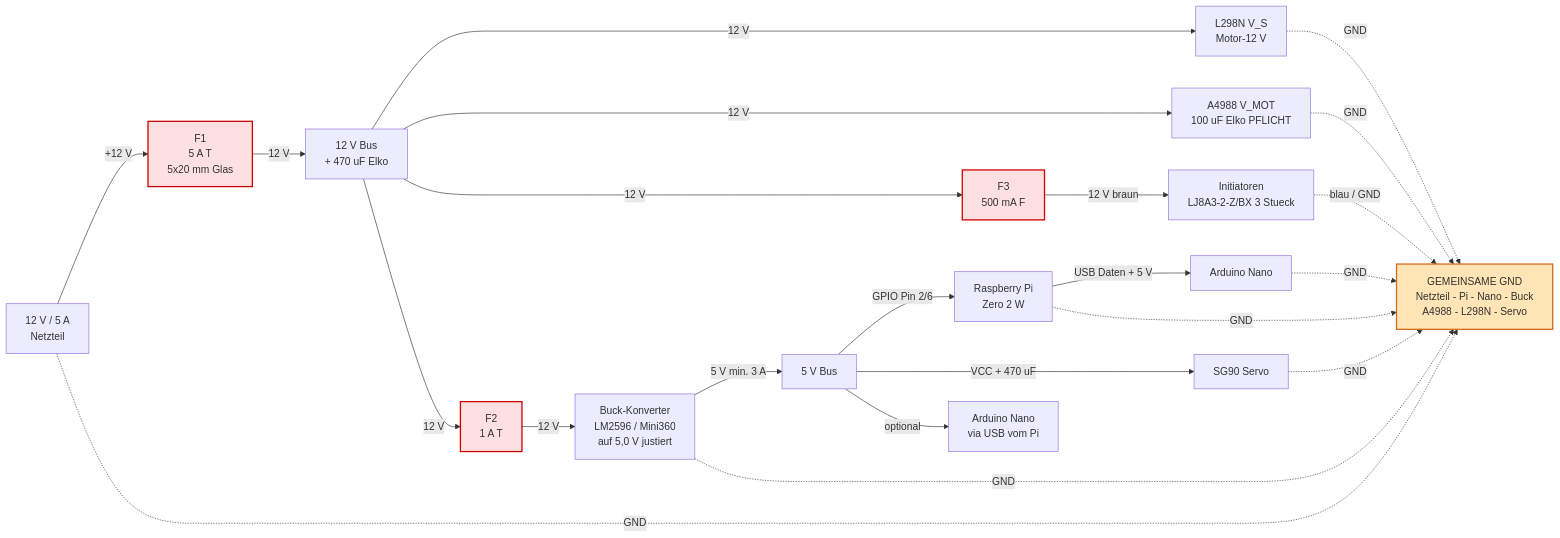
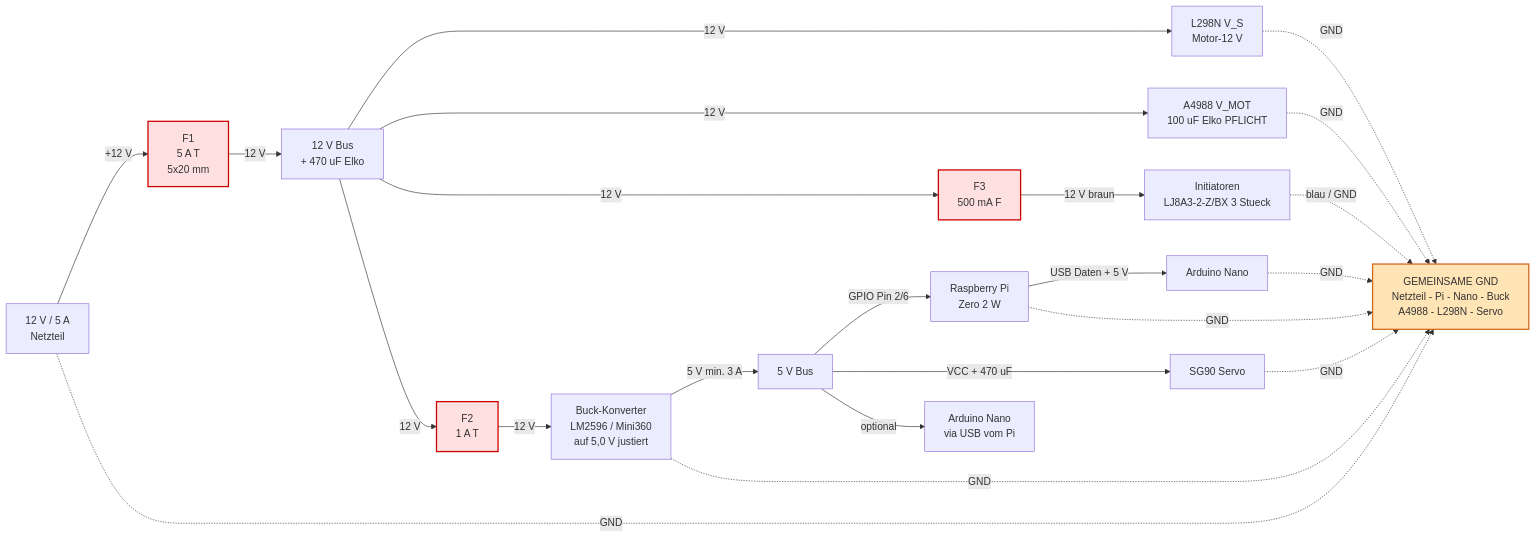
Before and after one commit to JohnsonRepo/stopf: the first of 3 diagrams in docs/wiring.md, drawn with Mermaid. The commit also changed other lines of this file and 1 other file, not shown here.

First line of the commit message:
docs(fuses): Glas und Keramik gleichwertig zulassen

````diff
--- a/docs/wiring.md
+++ b/docs/wiring.md
@@ -13,33 +13,33 @@
 ```mermaid
 flowchart LR
-    PSU["12 V / 5 A<br/>Netzteil"] -->|+12 V| F1["F1<br/>5 A T<br/>5x20 mm Glas"]
+    PSU["12 V / 5 A<br/>Netzteil"] -->|+12 V| F1["F1<br/>5 A T<br/>5x20 mm"]
     F1 -->|12 V| BUS12["12 V Bus<br/>+ 470 uF Elko"]
     BUS12 -->|12 V| L298N_VS["L298N V_S<br/>Motor-12 V"]
     BUS12 -->|12 V| A4988_VMOT["A4988 V_MOT<br/>100 uF Elko PFLICHT"]
     BUS12 -->|12 V| F3["F3<br/>500 mA F"]
     F3 -->|12 V braun| INIT["Initiatoren<br/>LJ8A3-2-Z/BX 3 Stueck"]
     BUS12 -->|12 V| F2["F2<br/>1 A T"]
     F2 -->|12 V| BUCK["Buck-Konverter<br/>LM2596 / Mini360<br/>auf 5,0 V justiert"]
 
     BUCK -->|5 V min. 3 A| BUS5["5 V Bus"]
     BUS5 -->|GPIO Pin 2/6| PI["Raspberry Pi<br/>Zero 2 W"]
     BUS5 -->|VCC + 470 uF| SERVO["SG90 Servo"]
     BUS5 -->|optional| NANO_5V["Arduino Nano<br/>via USB vom Pi"]
 
     PI -->|USB Daten + 5 V| NANO["Arduino Nano"]
 
     GND_BUS["GEMEINSAME GND<br/>Netzteil - Pi - Nano - Buck<br/>A4988 - L298N - Servo"]
     PSU -.->|GND| GND_BUS
     BUCK -.->|GND| GND_BUS
     NANO -.->|GND| GND_BUS
     PI -.->|GND| GND_BUS
     L298N_VS -.->|GND| GND_BUS
     A4988_VMOT -.->|GND| GND_BUS
     SERVO -.->|GND| GND_BUS
     INIT -.->|blau / GND| GND_BUS
 
     classDef warn fill:#ffe4b5,stroke:#d2691e,stroke-width:2px;
     classDef fuse fill:#ffe0e0,stroke:#cc0000,stroke-width:2px;
     class GND_BUS warn;
     class F1,F2,F3 fuse;
 ```
````
